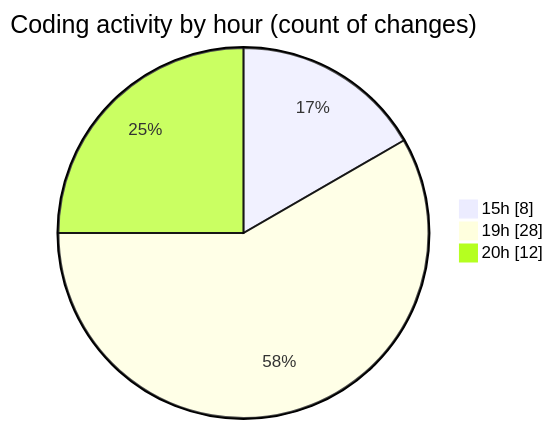
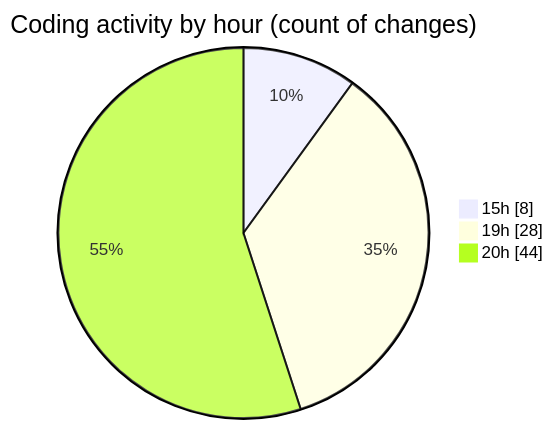
One commit to Ritupan-Deka/code-tracking changed the second of 2 diagrams in 2025-01-26/search/README.md. Above: the diagram before and after it, drawn with Mermaid. The commit also changed other lines of this file and 1 other file, not shown here.

````diff
--- a/2025-01-26/search/README.md
+++ b/2025-01-26/search/README.md
@@ -31,7 +31,7 @@
 ```mermaid
 pie showData
 title Coding activity by hour (count of changes)
 "15h" : 8
 "19h" : 28
-"20h" : 12
+"20h" : 44
 ```
````
